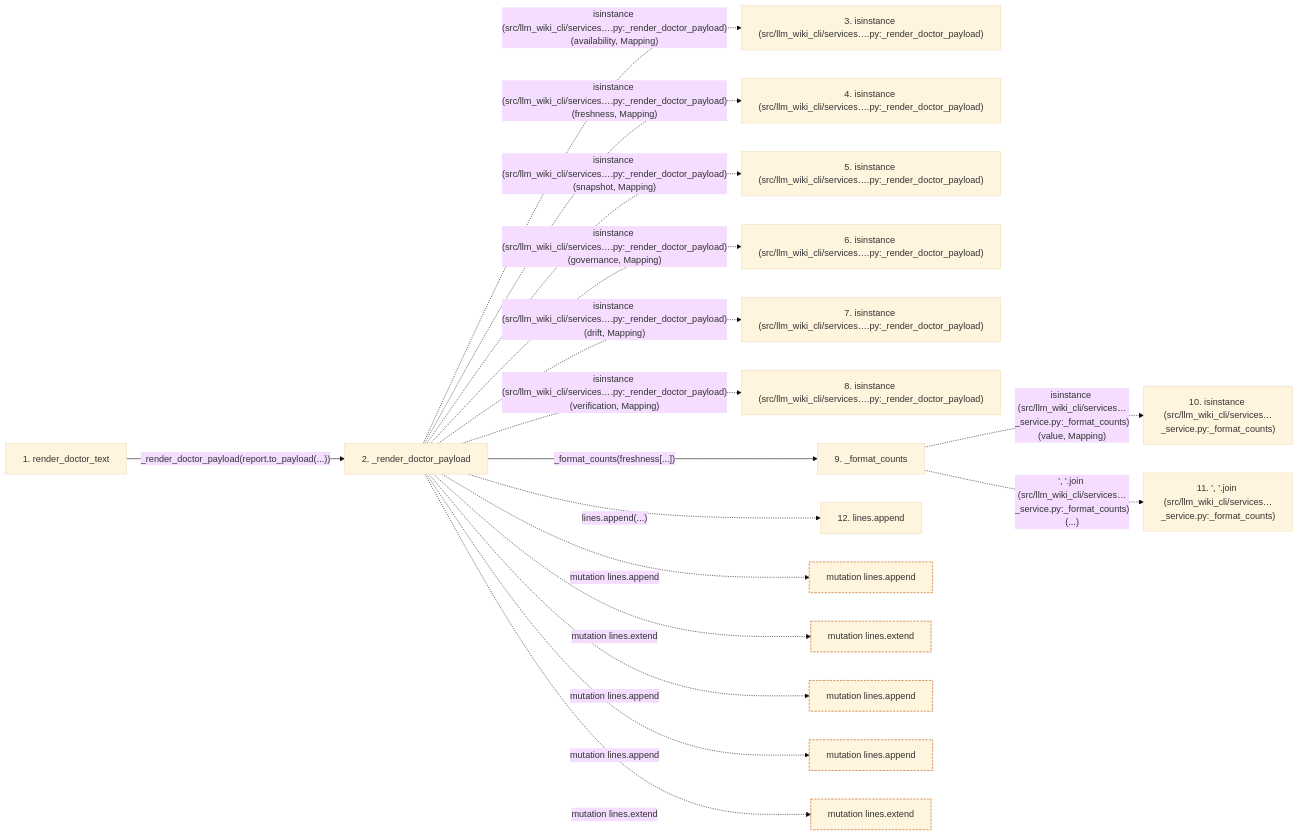
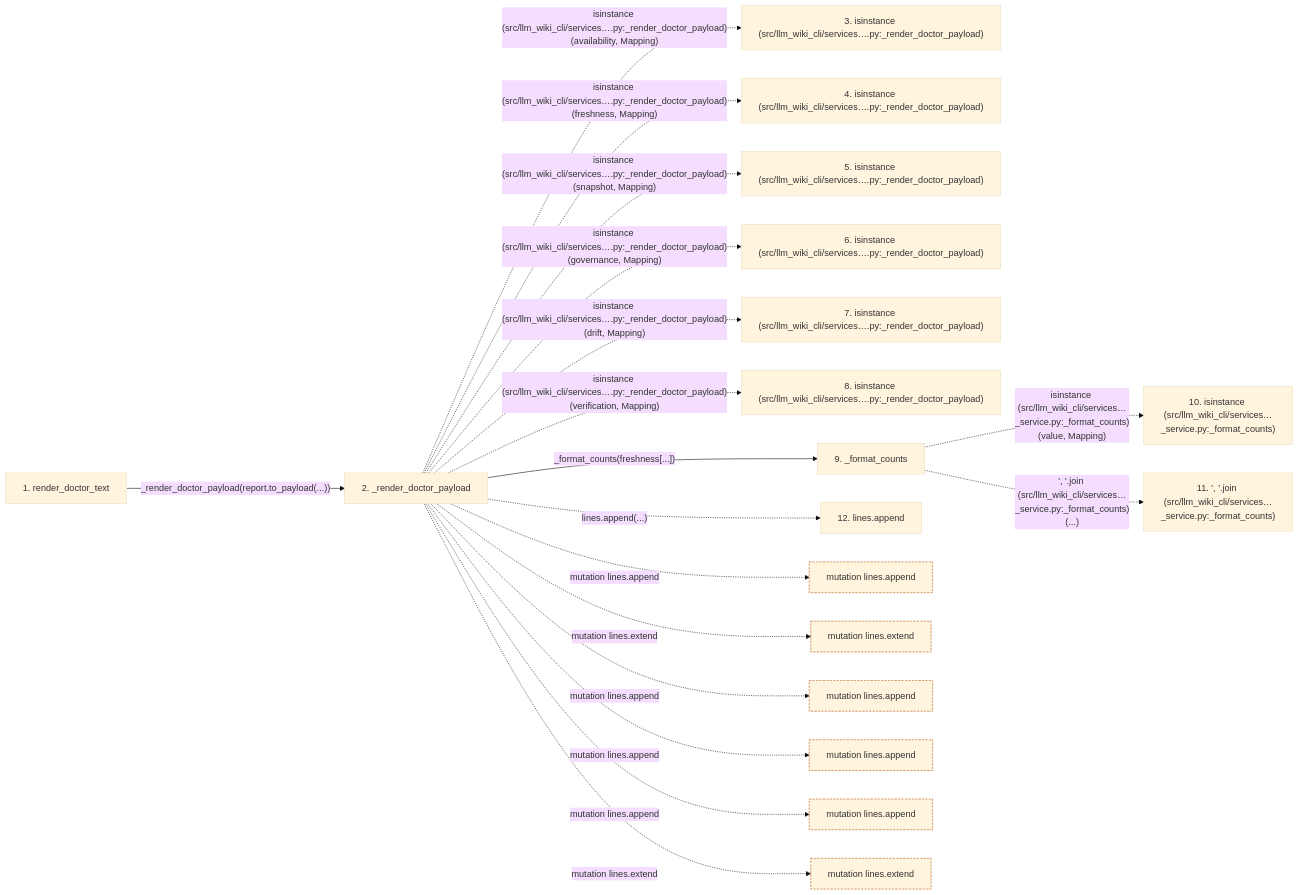
One commit to Denissvgn/python-wiki-llm changed the second of 2 diagrams in docs/llm_wiki/flows/api-render_doctor_text.md. Above: the diagram before and after it, drawn with Mermaid (base theme). The commit also changed other lines of this file and 1410 other files, not shown here.

````diff
--- a/docs/llm_wiki/flows/api-render_doctor_text.md
+++ b/docs/llm_wiki/flows/api-render_doctor_text.md
@@ -70,45 +88,48 @@
 ```mermaid
 flowchart LR
     s1["1. render_doctor_text"]
     s2["2. _render_doctor_payload"]
     s3["3. isinstance (src/llm_wiki_cli/services….py:_render_doctor_payload)"]
     s4["4. isinstance (src/llm_wiki_cli/services….py:_render_doctor_payload)"]
     s5["5. isinstance (src/llm_wiki_cli/services….py:_render_doctor_payload)"]
     s6["6. isinstance (src/llm_wiki_cli/services….py:_render_doctor_payload)"]
     s7["7. isinstance (src/llm_wiki_cli/services….py:_render_doctor_payload)"]
     s8["8. isinstance (src/llm_wiki_cli/services….py:_render_doctor_payload)"]
     s9["9. _format_counts"]
     s10["10. isinstance (src/llm_wiki_cli/services…_service.py:_format_counts)"]
     s11["11. ', '.join (src/llm_wiki_cli/services…_service.py:_format_counts)"]
     s12["12. lines.append"]
     s1 -->|"_render_doctor_payload(report.to_payload(...))"| s2
     s2 -. "isinstance (src/llm_wiki_cli/services….py:_render_doctor_payload)(availability, Mapping)" .-> s3
     s2 -. "isinstance (src/llm_wiki_cli/services….py:_render_doctor_payload)(freshness, Mapping)" .-> s4
     s2 -. "isinstance (src/llm_wiki_cli/services….py:_render_doctor_payload)(snapshot, Mapping)" .-> s5
     s2 -. "isinstance (src/llm_wiki_cli/services….py:_render_doctor_payload)(governance, Mapping)" .-> s6
     s2 -. "isinstance (src/llm_wiki_cli/services….py:_render_doctor_payload)(drift, Mapping)" .-> s7
     s2 -. "isinstance (src/llm_wiki_cli/services….py:_render_doctor_payload)(verification, Mapping)" .-> s8
     s2 -->|"_format_counts(freshness[...])"| s9
     s9 -. "isinstance (src/llm_wiki_cli/services…_service.py:_format_counts)(value, Mapping)" .-> s10
     s9 -. "', '.join (src/llm_wiki_cli/services…_service.py:_format_counts)(...)" .-> s11
     s2 -. "lines.append(...)" .-> s12
     b0["mutation lines.append"]
     s2 -. "mutation lines.append" .-> b0
     b1["mutation lines.extend"]
     s2 -. "mutation lines.extend" .-> b1
     b2["mutation lines.append"]
     s2 -. "mutation lines.append" .-> b2
     b3["mutation lines.append"]
     s2 -. "mutation lines.append" .-> b3
-    b4["mutation lines.extend"]
-    s2 -. "mutation lines.extend" .-> b4
+    b4["mutation lines.append"]
+    s2 -. "mutation lines.append" .-> b4
+    b5["mutation lines.extend"]
+    s2 -. "mutation lines.extend" .-> b5
     click s1 "../modules/doctor_service.md"
     click s2 "../modules/doctor_service.md"
     click s9 "../modules/doctor_service.md"
     classDef boundary stroke:#b45309,stroke-dasharray: 4 2
     class b0 boundary
     class b1 boundary
     class b2 boundary
     class b3 boundary
     class b4 boundary
+    class b5 boundary
 ```
````
